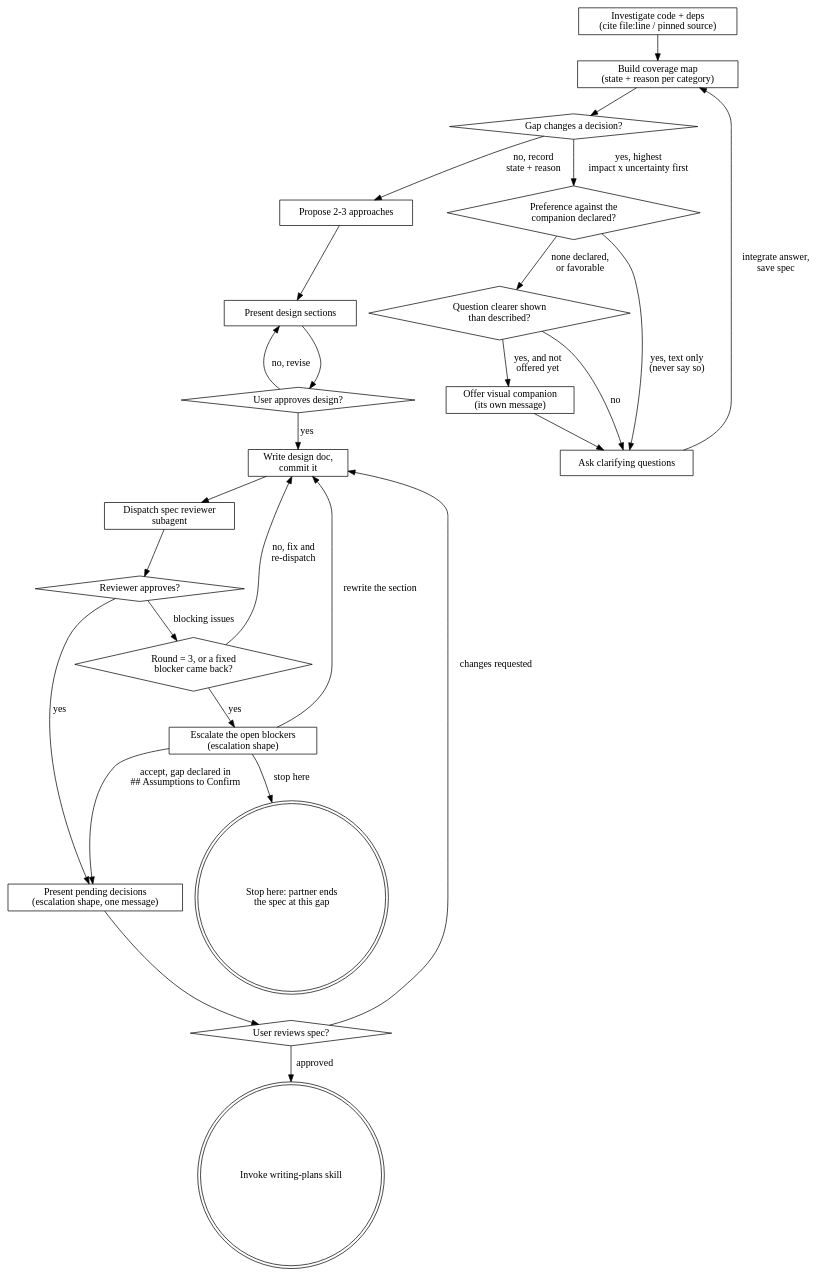
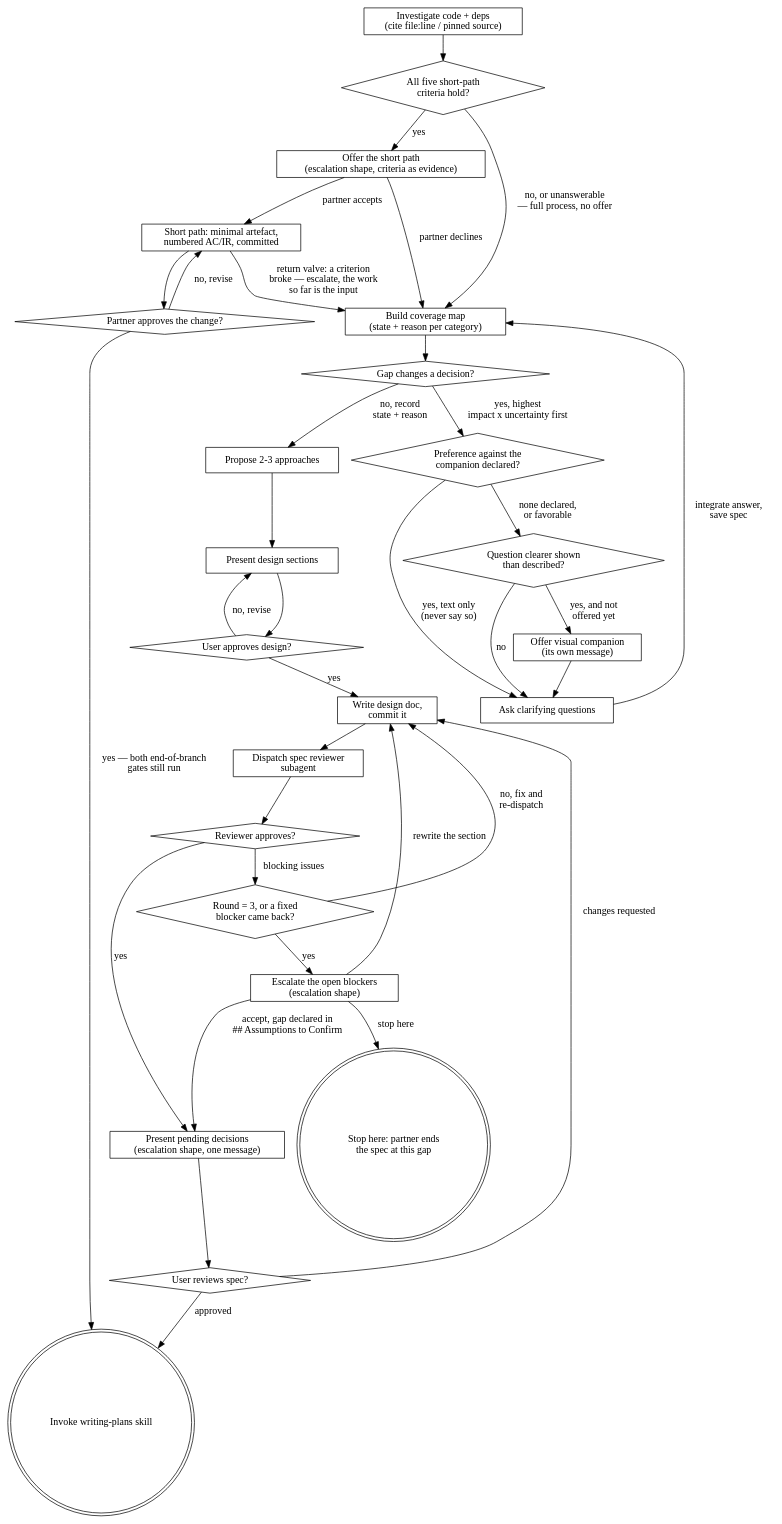
The diagram in skills/brainstorming/references/process-flow.md (rodrigopaitach/superpowersplus), drawn with Graphviz before and after one commit. The commit also changed other lines of this file and 3 other files, not shown here.

````diff
--- a/skills/brainstorming/references/process-flow.md
+++ b/skills/brainstorming/references/process-flow.md
@@ -12,50 +18,62 @@
 ```dot
 digraph brainstorming {
     "Investigate code + deps\n(cite file:line / pinned source)" [shape=box];
+    "All five short-path\ncriteria hold?" [shape=diamond];
+    "Offer the short path\n(escalation shape, criteria as evidence)" [shape=box];
+    "Short path: minimal artefact,\nnumbered AC/IR, committed" [shape=box];
+    "Partner approves the change?" [shape=diamond];
     "Build coverage map\n(state + reason per category)" [shape=box];
     "Gap changes a decision?" [shape=diamond];
     "Preference against the\ncompanion declared?" [shape=diamond];
     "Question clearer shown\nthan described?" [shape=diamond];
     "Offer visual companion\n(its own message)" [shape=box];
     "Ask clarifying questions" [shape=box];
     "Propose 2-3 approaches" [shape=box];
     "Present design sections" [shape=box];
     "User approves design?" [shape=diamond];
     "Write design doc,\ncommit it" [shape=box];
     "Dispatch spec reviewer\nsubagent" [shape=box];
     "Reviewer approves?" [shape=diamond];
     "Round = 3, or a fixed\nblocker came back?" [shape=diamond];
     "Escalate the open blockers\n(escalation shape)" [shape=box];
     "Stop here: partner ends\nthe spec at this gap" [shape=doublecircle];
     "Present pending decisions\n(escalation shape, one message)" [shape=box];
     "User reviews spec?" [shape=diamond];
     "Invoke writing-plans skill" [shape=doublecircle];
 
-    "Investigate code + deps\n(cite file:line / pinned source)" -> "Build coverage map\n(state + reason per category)";
+    "Investigate code + deps\n(cite file:line / pinned source)" -> "All five short-path\ncriteria hold?";
+    "All five short-path\ncriteria hold?" -> "Build coverage map\n(state + reason per category)" [label="no, or unanswerable\n— full process, no offer"];
+    "All five short-path\ncriteria hold?" -> "Offer the short path\n(escalation shape, criteria as evidence)" [label="yes"];
+    "Offer the short path\n(escalation shape, criteria as evidence)" -> "Build coverage map\n(state + reason per category)" [label="partner declines"];
+    "Offer the short path\n(escalation shape, criteria as evidence)" -> "Short path: minimal artefact,\nnumbered AC/IR, committed" [label="partner accepts"];
+    "Short path: minimal artefact,\nnumbered AC/IR, committed" -> "Build coverage map\n(state + reason per category)" [label="return valve: a criterion\nbroke — escalate, the work\nso far is the input"];
+    "Short path: minimal artefact,\nnumbered AC/IR, committed" -> "Partner approves the change?";
+    "Partner approves the change?" -> "Short path: minimal artefact,\nnumbered AC/IR, committed" [label="no, revise"];
+    "Partner approves the change?" -> "Invoke writing-plans skill" [label="yes — both end-of-branch\ngates still run"];
     "Build coverage map\n(state + reason per category)" -> "Gap changes a decision?";
     "Gap changes a decision?" -> "Preference against the\ncompanion declared?" [label="yes, highest\nimpact x uncertainty first"];
     "Preference against the\ncompanion declared?" -> "Ask clarifying questions" [label="yes, text only\n(never say so)"];
     "Preference against the\ncompanion declared?" -> "Question clearer shown\nthan described?" [label="none declared,\nor favorable"];
     "Question clearer shown\nthan described?" -> "Offer visual companion\n(its own message)" [label="yes, and not\noffered yet"];
     "Question clearer shown\nthan described?" -> "Ask clarifying questions" [label="no"];
     "Offer visual companion\n(its own message)" -> "Ask clarifying questions";
     "Gap changes a decision?" -> "Propose 2-3 approaches" [label="no, record\nstate + reason"];
     "Ask clarifying questions" -> "Build coverage map\n(state + reason per category)" [label="integrate answer,\nsave spec"];
     "Propose 2-3 approaches" -> "Present design sections";
     "Present design sections" -> "User approves design?";
     "User approves design?" -> "Present design sections" [label="no, revise"];
     "User approves design?" -> "Write design doc,\ncommit it" [label="yes"];
     "Write design doc,\ncommit it" -> "Dispatch spec reviewer\nsubagent";
     "Dispatch spec reviewer\nsubagent" -> "Reviewer approves?";
     "Reviewer approves?" -> "Round = 3, or a fixed\nblocker came back?" [label="blocking issues"];
     "Round = 3, or a fixed\nblocker came back?" -> "Write design doc,\ncommit it" [label="no, fix and\nre-dispatch"];
     "Round = 3, or a fixed\nblocker came back?" -> "Escalate the open blockers\n(escalation shape)" [label="yes"];
     "Escalate the open blockers\n(escalation shape)" -> "Write design doc,\ncommit it" [label="rewrite the section"];
     "Escalate the open blockers\n(escalation shape)" -> "Present pending decisions\n(escalation shape, one message)" [label="accept, gap declared in\n## Assumptions to Confirm"];
     "Escalate the open blockers\n(escalation shape)" -> "Stop here: partner ends\nthe spec at this gap" [label="stop here"];
     "Reviewer approves?" -> "Present pending decisions\n(escalation shape, one message)" [label="yes"];
     "Present pending decisions\n(escalation shape, one message)" -> "User reviews spec?";
     "User reviews spec?" -> "Write design doc,\ncommit it" [label="changes requested"];
     "User reviews spec?" -> "Invoke writing-plans skill" [label="approved"];
 }
 ```
````
